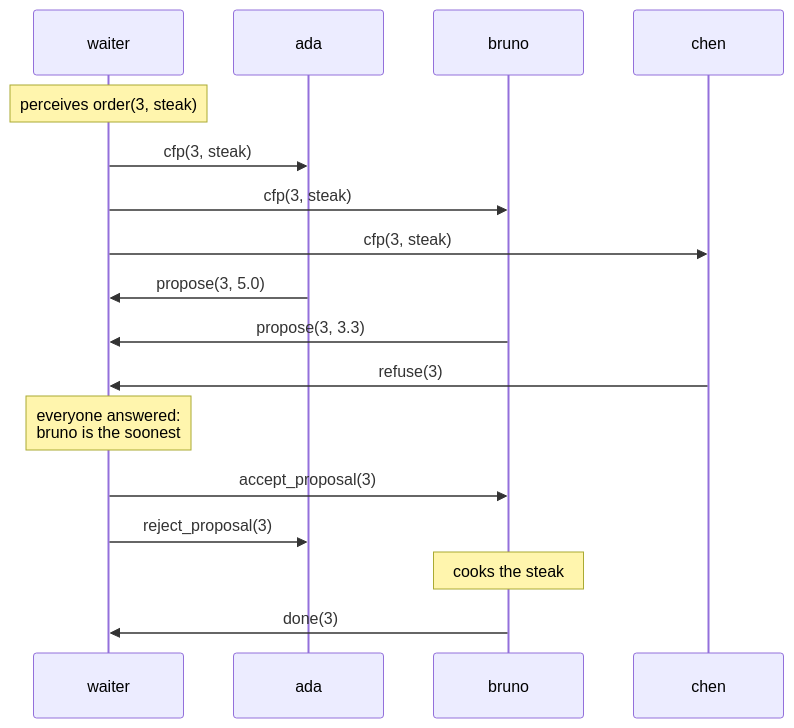
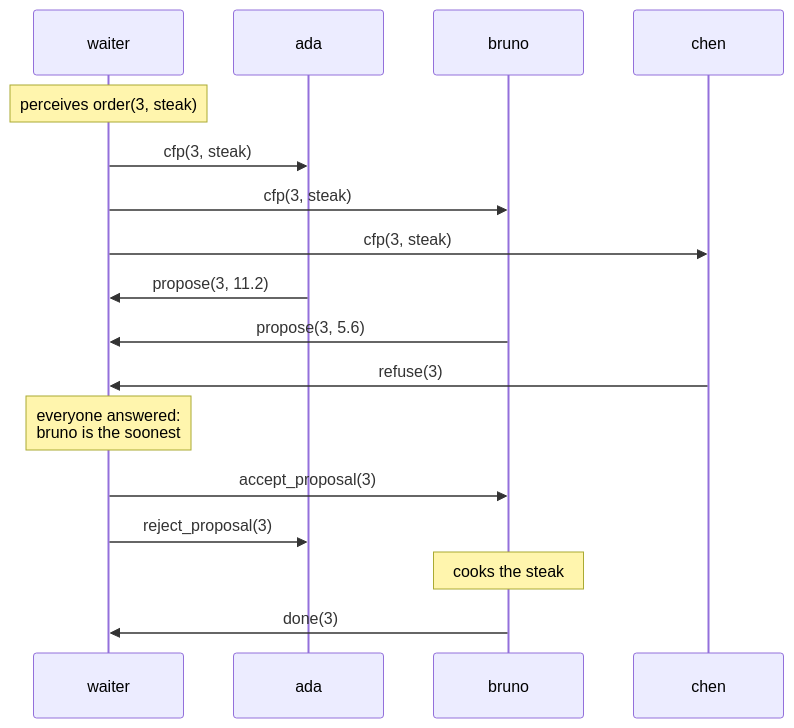
The first of 2 diagrams in website/docs/showcase/contract-net.md (jakta-bdi/jakta), drawn with Mermaid before and after one commit. The commit also changed other lines of this file, not shown here.

````diff
--- a/website/docs/showcase/contract-net.md
+++ b/website/docs/showcase/contract-net.md
@@ -54,19 +54,19 @@
 ```mermaid
 sequenceDiagram
   participant W as waiter
   participant A as ada
   participant B as bruno
   participant C as chen
   Note over W: perceives order(3, steak)
   W->>A: cfp(3, steak)
   W->>B: cfp(3, steak)
   W->>C: cfp(3, steak)
-  A->>W: propose(3, 5.0)
-  B->>W: propose(3, 3.3)
+  A->>W: propose(3, 11.2)
+  B->>W: propose(3, 5.6)
   C->>W: refuse(3)
   Note over W: everyone answered:<br/>bruno is the soonest
   W->>B: accept_proposal(3)
   W->>A: reject_proposal(3)
   Note over B: cooks the steak
   B->>W: done(3)
 ```
````
